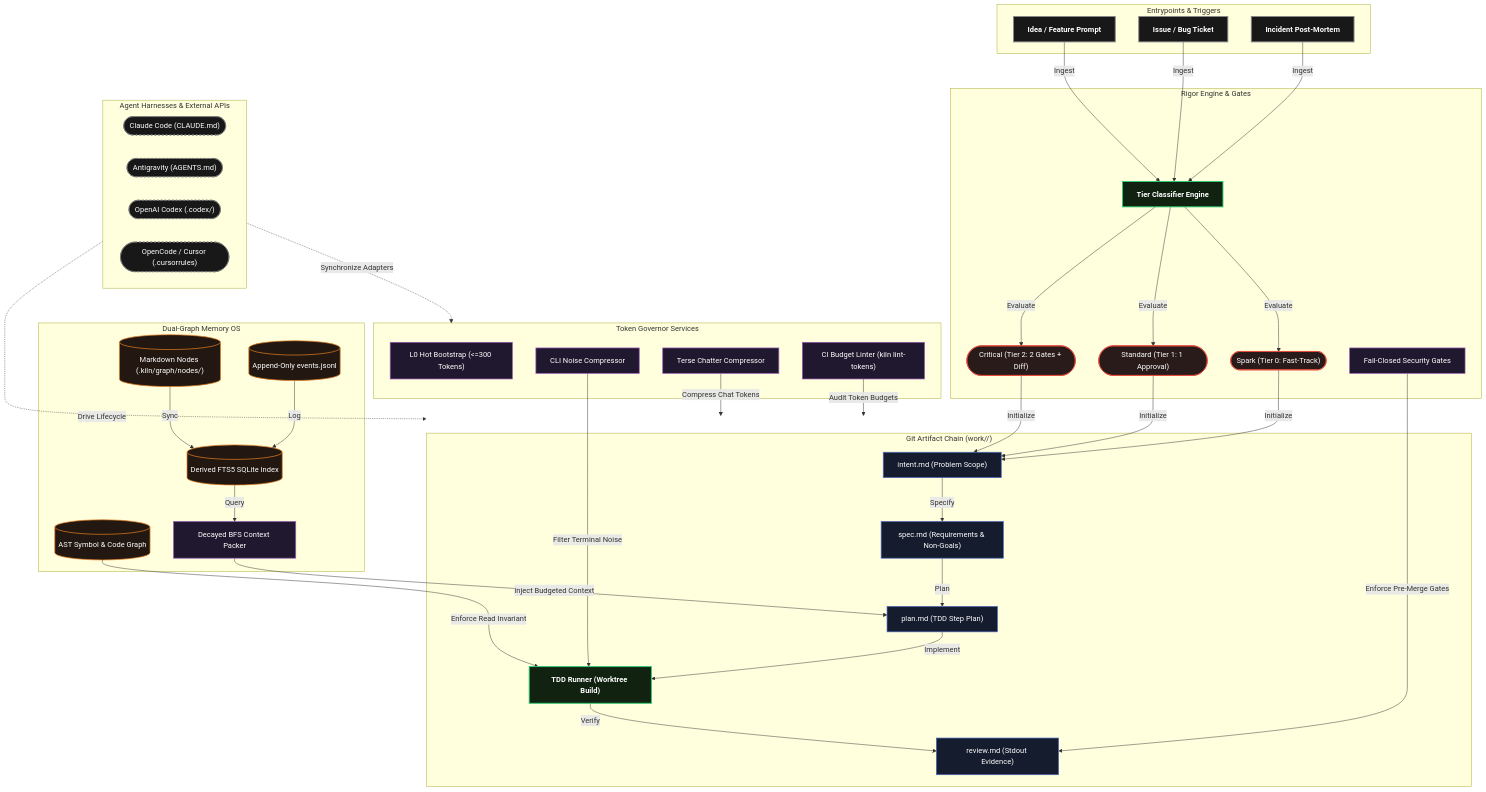
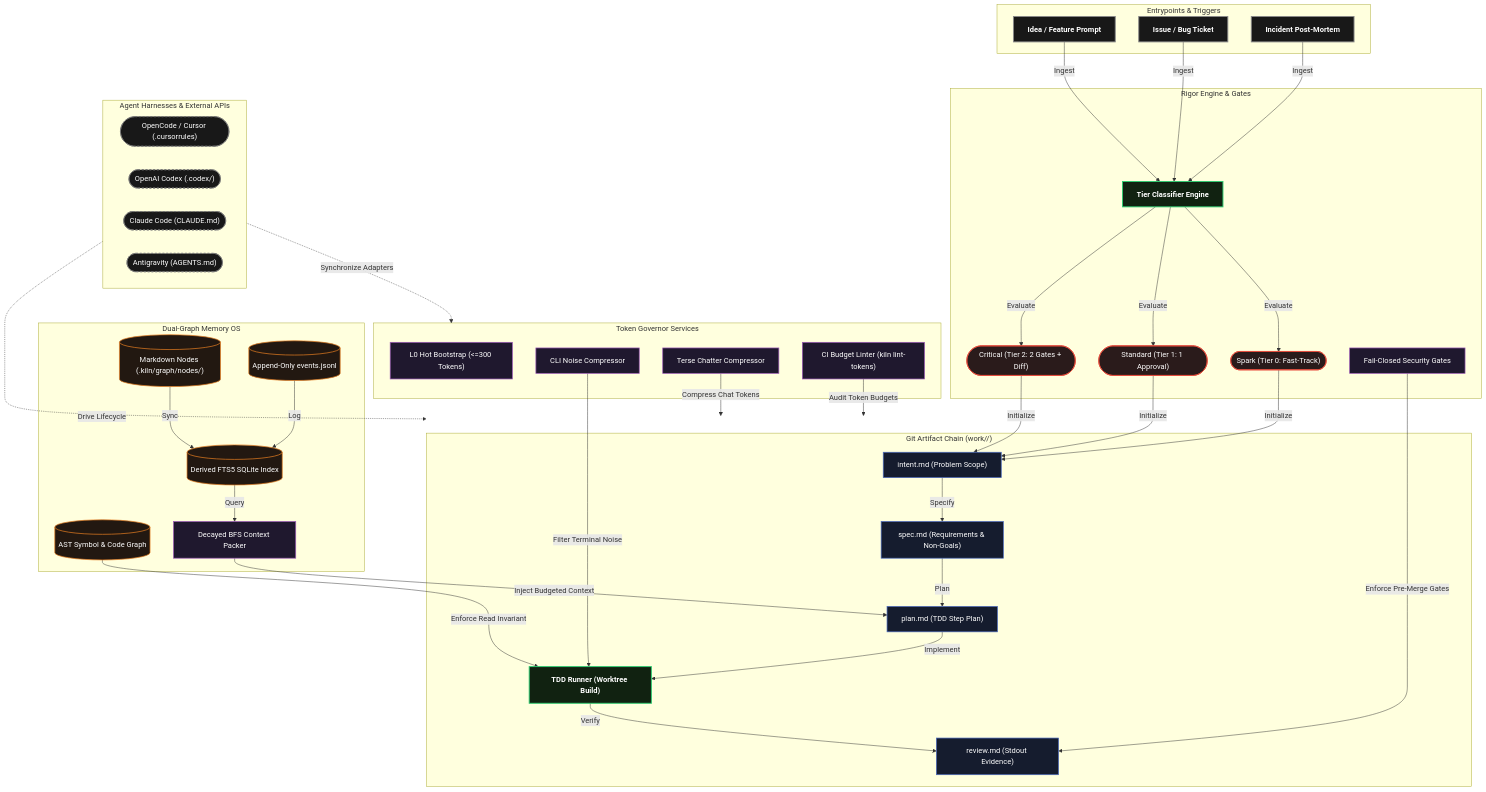
One commit to cristiangilsanz/kilnOS changed the diagram in README.md. Above: the diagram before and after it, drawn with Mermaid. The commit also changed other lines of this file and 3 other files, not shown here.

Commit message:
docs: enforce consistent harness order (OpenCode, Codex, Claude Code, Antigravity) across codebase

```diff
--- a/README.md
+++ b/README.md
@@ -71,10 +71,10 @@
     end
 
     subgraph External["Agent Harnesses & External APIs"]
+        opencode(["OpenCode / Cursor (.cursorrules)"]):::ext
+        codex(["OpenAI Codex (.codex/)"]):::ext
         claude(["Claude Code (CLAUDE.md)"]):::ext
         antigravity(["Antigravity (AGENTS.md)"]):::ext
-        codex(["OpenAI Codex (.codex/)"]):::ext
-        opencode(["OpenCode / Cursor (.cursorrules)"]):::ext
     end
 
     idea -->|"Ingest"| tierEngine
```
